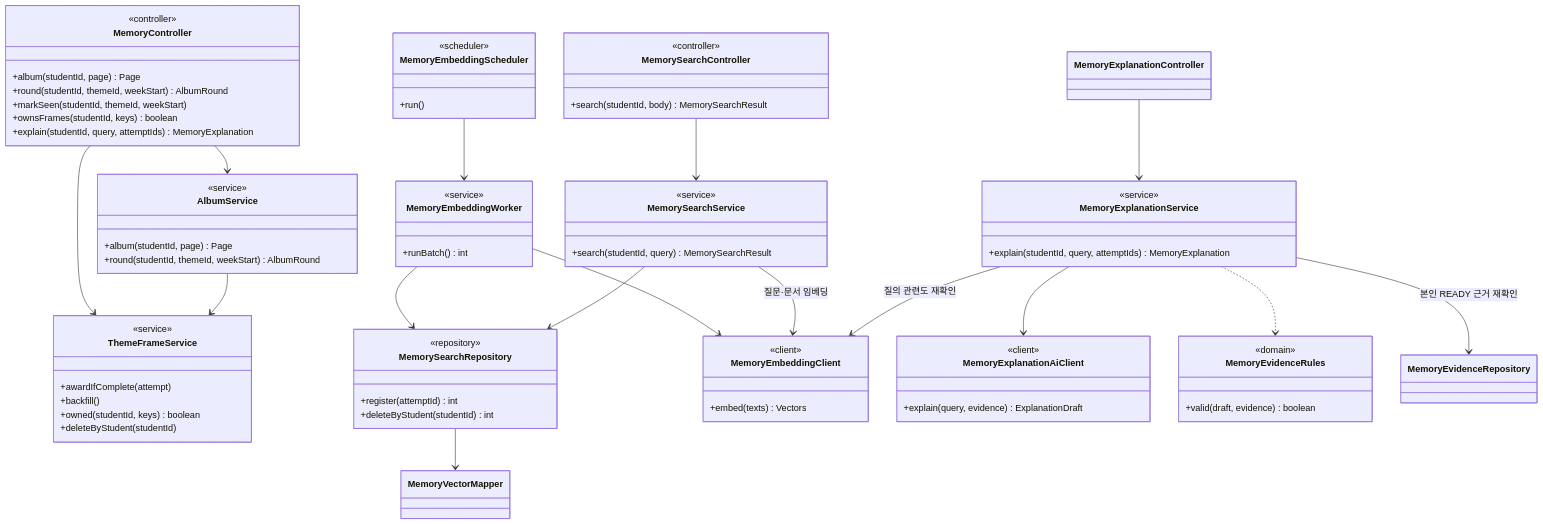
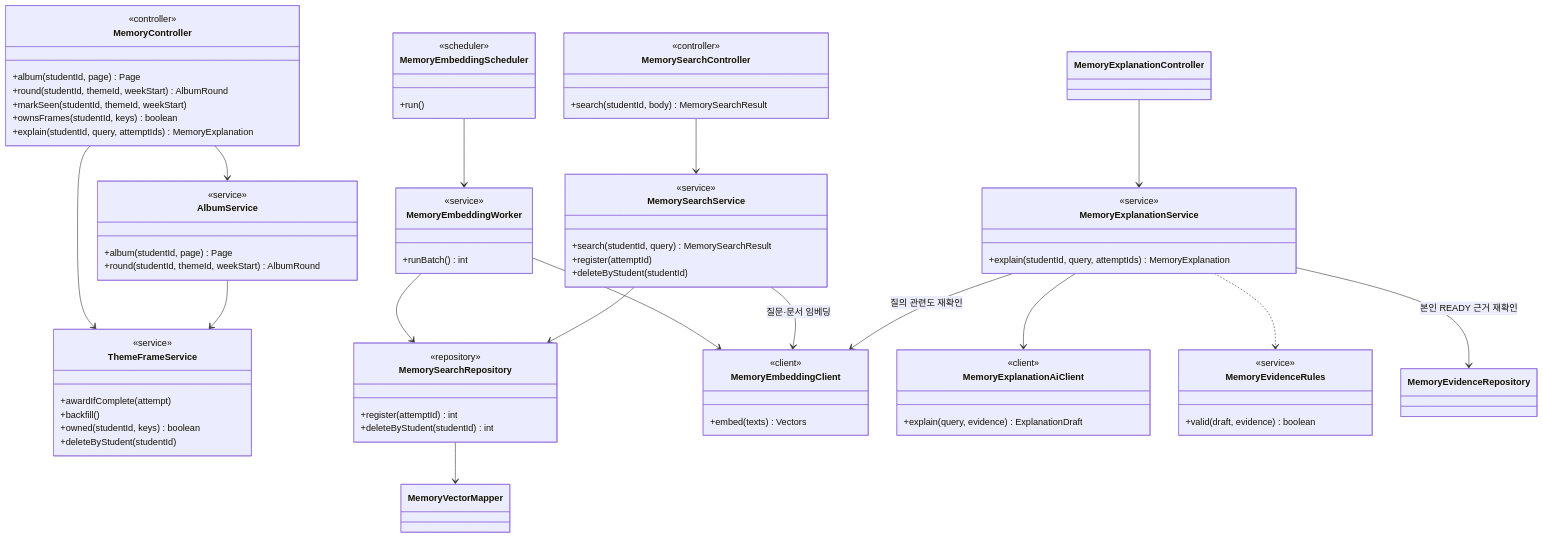
Diagram 15 of 23 in docs/design/class-diagram.md (SKNETWORKS-FAMILY-AICAMP/SKN34-FINAL-3TEAM), drawn with Mermaid before and after one commit. The commit also changed other lines of this file and 17 other files, not shown here.

````diff
--- a/docs/design/class-diagram.md
+++ b/docs/design/class-diagram.md
@@ -2148,77 +2148,79 @@
 ```mermaid
 classDiagram
   direction TB
   class MemoryController {
     <<controller>>
     +album(studentId, page) Page
     +round(studentId, themeId, weekStart) AlbumRound
     +markSeen(studentId, themeId, weekStart)
     +ownsFrames(studentId, keys) boolean
     +explain(studentId, query, attemptIds) MemoryExplanation
   }
   class ThemeFrameService {
     <<service>>
     +awardIfComplete(attempt)
     +backfill()
     +owned(studentId, keys) boolean
     +deleteByStudent(studentId)
   }
   class AlbumService {
     <<service>>
     +album(studentId, page) Page
     +round(studentId, themeId, weekStart) AlbumRound
   }
   class MemorySearchController {
     <<controller>>
     +search(studentId, body) MemorySearchResult
   }
   class MemoryEmbeddingWorker {
     <<service>>
     +runBatch() int
   }
   class MemorySearchRepository {
     <<repository>>
     +register(attemptId) int
     +deleteByStudent(studentId) int
   }
   class MemorySearchService {
     <<service>>
     +search(studentId, query) MemorySearchResult
+    +register(attemptId)
+    +deleteByStudent(studentId)
   }
   class MemoryExplanationService {
     <<service>>
     +explain(studentId, query, attemptIds) MemoryExplanation
   }
   class MemoryEmbeddingScheduler {
     <<scheduler>>
     +run()
   }
   class MemoryEmbeddingClient {
     <<client>>
     +embed(texts) Vectors
   }
   class MemoryExplanationAiClient {
     <<client>>
     +explain(query, evidence) ExplanationDraft
   }
   class MemoryEvidenceRules {
-    <<domain>>
+    <<service>>
     +valid(draft, evidence) boolean
   }
 
   MemoryController --> AlbumService
   MemoryController --> ThemeFrameService
   MemoryExplanationController --> MemoryExplanationService
   MemoryEmbeddingScheduler --> MemoryEmbeddingWorker
   MemoryEmbeddingWorker --> MemorySearchRepository
   MemoryEmbeddingWorker --> MemoryEmbeddingClient
   MemorySearchController --> MemorySearchService
   MemorySearchService --> MemorySearchRepository
   MemorySearchRepository --> MemoryVectorMapper
   MemorySearchService --> MemoryEmbeddingClient : 질문·문서 임베딩
   MemoryExplanationService --> MemoryEvidenceRepository : 본인 READY 근거 재확인
   MemoryExplanationService --> MemoryEmbeddingClient : 질의 관련도 재확인
   MemoryExplanationService --> MemoryExplanationAiClient
   MemoryExplanationService ..> MemoryEvidenceRules
   AlbumService --> ThemeFrameService
 ```
````
